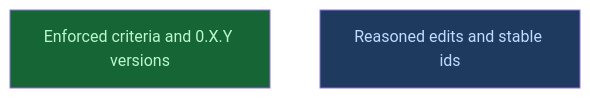
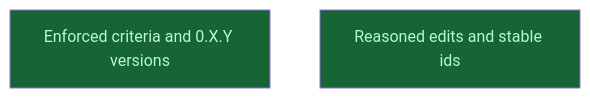
One commit to CrackingShells/cracking-shells-playbook changed the diagram in __roadmap__/m0b-domain-model-spec/read/crate/review/README.md. Above: the diagram before and after it, drawn with Mermaid. The commit also changed other lines of this file and 1 other file, not shown here.

Commit message:
docs(design): sync r01 with reasoned edits and stable ids

````diff
--- a/__roadmap__/m0b-domain-model-spec/read/crate/review/README.md
+++ b/__roadmap__/m0b-domain-model-spec/read/crate/review/README.md
@@ -16,10 +16,10 @@
 ```mermaid
 graph TD
     criteria_and_versions[Enforced criteria and 0.X.Y versions]:::done
-    reasoned_edits_and_ids[Reasoned edits and stable ids]:::amendment
+    reasoned_edits_and_ids[Reasoned edits and stable ids]:::done
     classDef done       fill:#166534,color:#bbf7d0
     classDef inprogress fill:#854d0e,color:#fef08a
     classDef planned    fill:#374151,color:#e5e7eb
     classDef amendment  fill:#1e3a5f,color:#bfdbfe
     classDef blocked    fill:#7f1d1d,color:#fecaca
 ```
````
